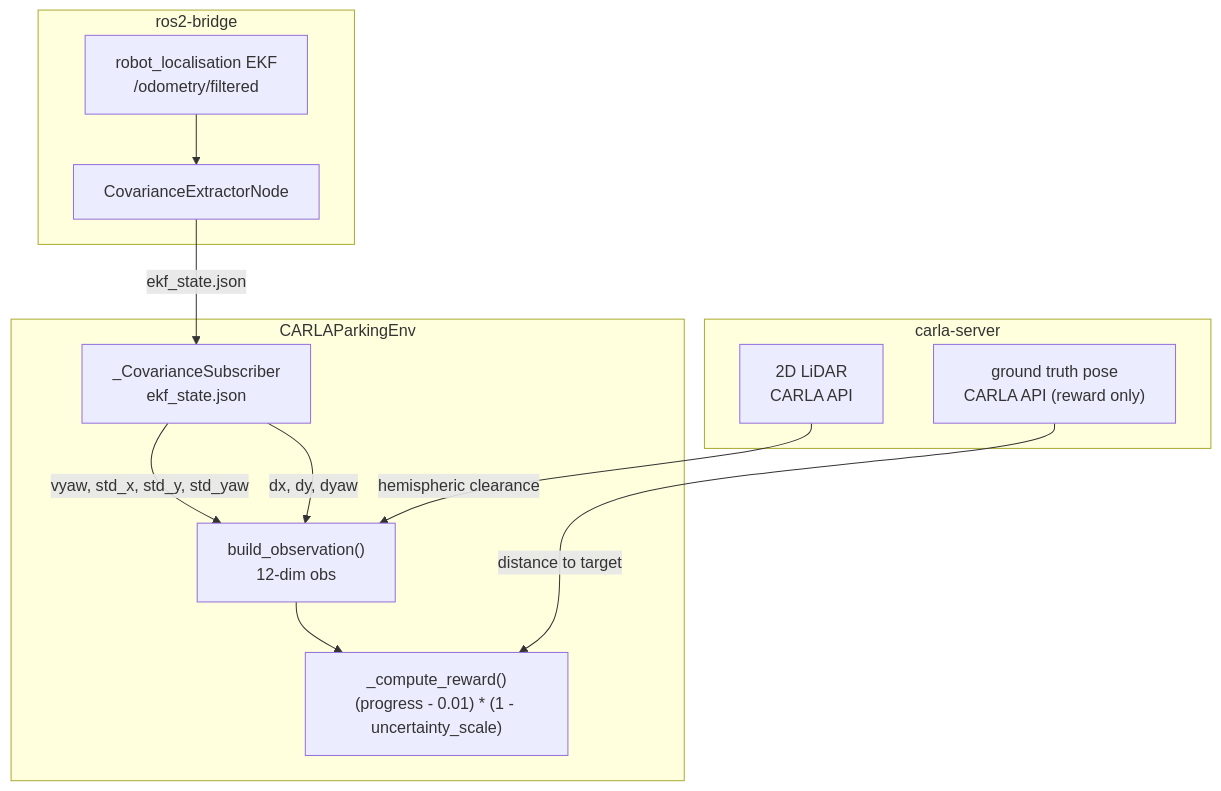
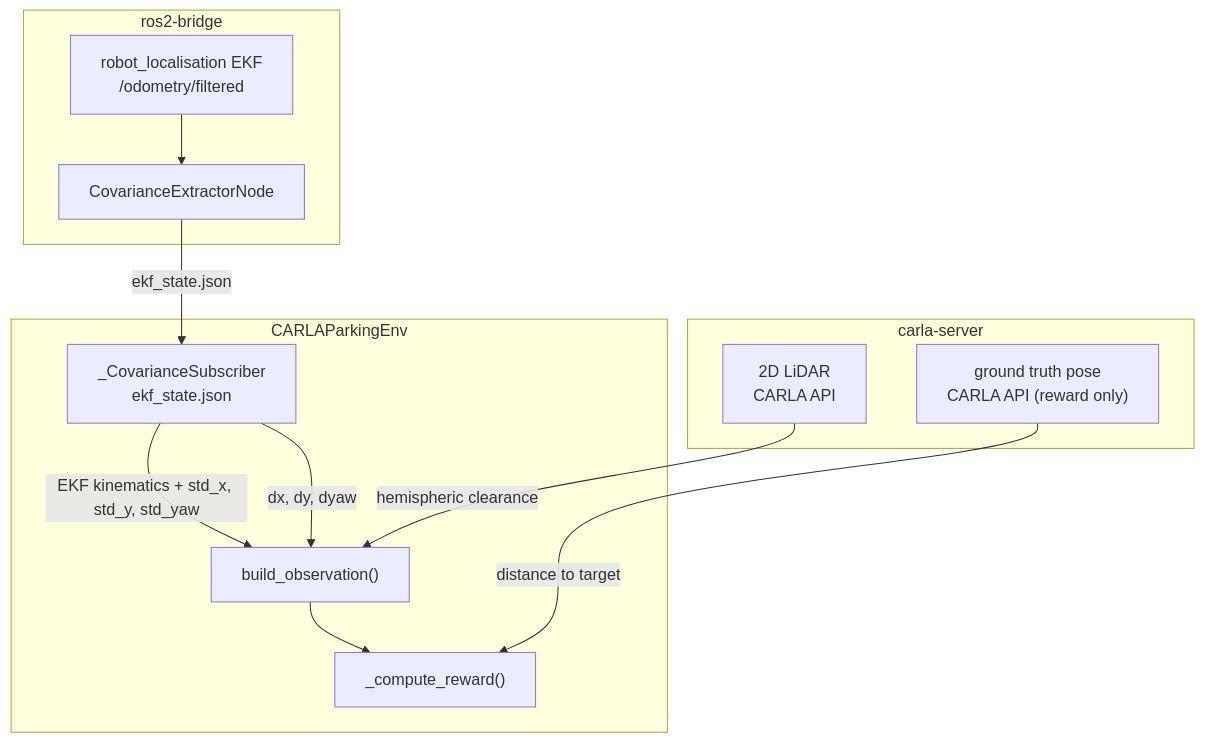
Before and after one commit to Expo39/Uncertainty-Conditioned-RL-with-Evidential-Policy-Networks-for-Autonomous-Systems: the diagram in uncertainty_rl/envs/README.md, drawn with Mermaid. The commit also changed other lines of this file and 29 other files, not shown here.

````diff
--- a/uncertainty_rl/envs/README.md
+++ b/uncertainty_rl/envs/README.md
@@ -30,26 +30,26 @@
 ```mermaid
 flowchart TB
     subgraph ros2["ros2-bridge"]
         EKF["robot_localisation EKF\n/odometry/filtered"]
         EXT["CovarianceExtractorNode"]
         EKF --> EXT
     end
 
     subgraph carla["carla-server"]
         LID["2D LiDAR\nCARLA API"]
         GT["ground truth pose\nCARLA API  (reward only)"]
     end
 
     subgraph env["CARLAParkingEnv"]
         COV["_CovarianceSubscriber\nekf_state.json"]
-        OBS["build_observation()\n12-dim obs"]
-        REW["_compute_reward()\n(progress - 0.01) * (1 - uncertainty_scale)"]
+        OBS["build_observation()"]
+        REW["_compute_reward()"]
     end
 
     EXT -->|ekf_state.json| COV
-    COV -->|vyaw, std_x, std_y, std_yaw| OBS
+    COV -->|EKF kinematics + std_x, std_y, std_yaw| OBS
     LID -->|hemispheric clearance| OBS
     COV -->|dx, dy, dyaw| OBS
     GT -->|distance to target| REW
     OBS --> REW
 ```
````
